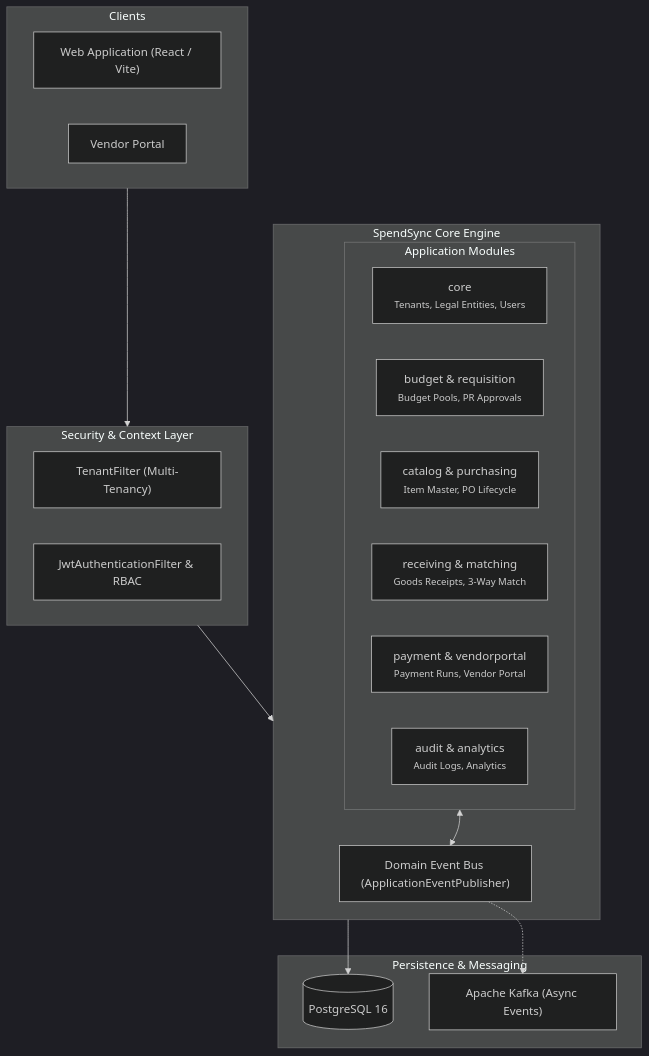
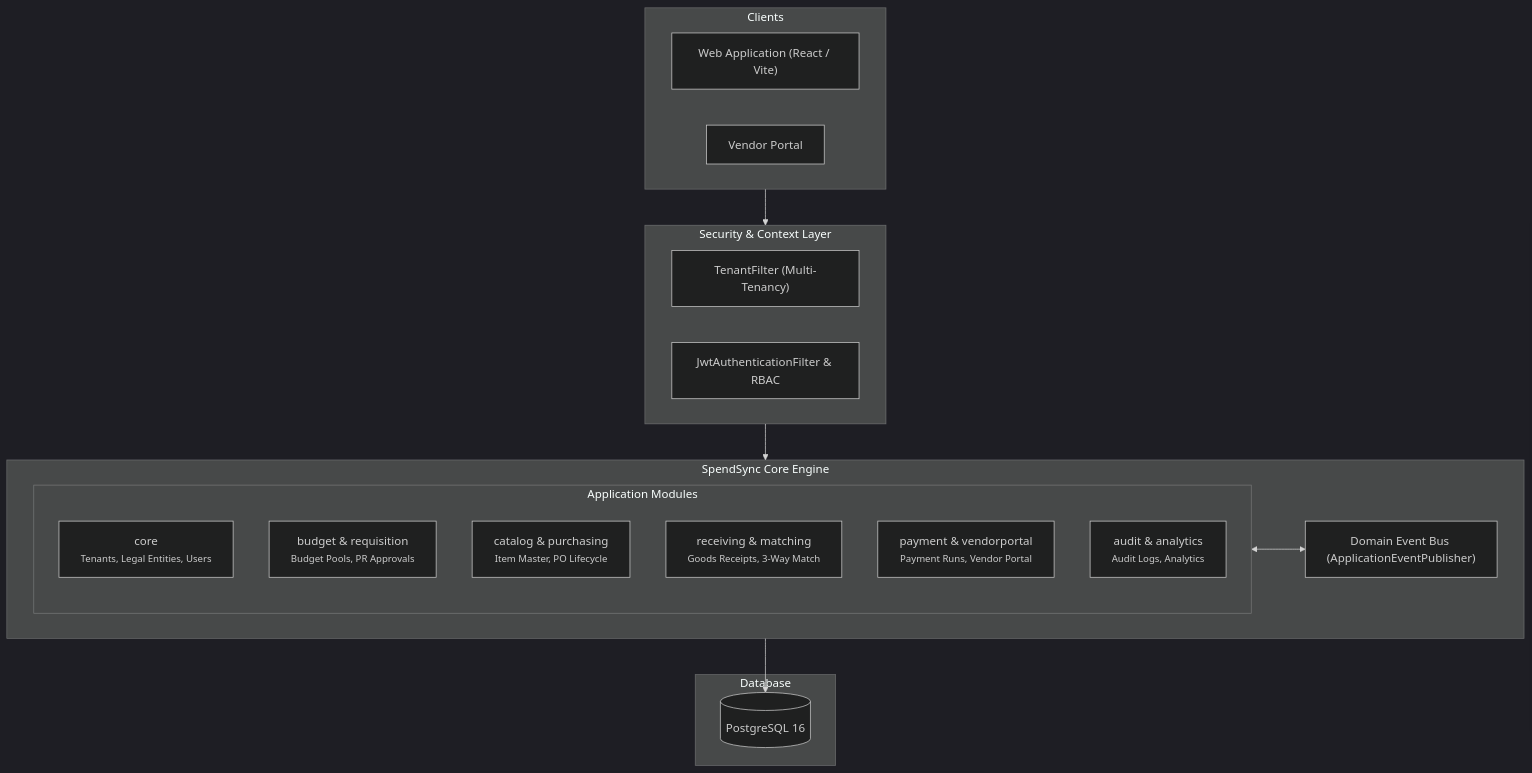
One commit to doguhanniltextra/spend-sync changed the first of 2 diagrams in README.md. Above: the diagram before and after it, drawn with Mermaid (dark theme). The commit also changed other lines of this file and 1 other file, not shown here.

Commit message:
docs: remove Kafka references and align docs strictly with Spring Domain Events and PostgreSQL

````diff
--- a/README.md
+++ b/README.md
@@ -20,36 +19,34 @@
 ```mermaid
 graph TB
     subgraph Clients["Clients"]
         SPA["Web Application (React / Vite)"]
         VP["Vendor Portal"]
     end
 
     subgraph Security["Security & Context Layer"]
         TF["TenantFilter (Multi-Tenancy)"]
         AUTH["JwtAuthenticationFilter & RBAC"]
     end
 
     subgraph Monolith["SpendSync Core Engine"]
         subgraph DomainModules["Application Modules"]
             M_CORE["core<br/><small>Tenants, Legal Entities, Users</small>"]
             M_BGT["budget & requisition<br/><small>Budget Pools, PR Approvals</small>"]
             M_CAT["catalog & purchasing<br/><small>Item Master, PO Lifecycle</small>"]
             M_RCV["receiving & matching<br/><small>Goods Receipts, 3-Way Match</small>"]
             M_PAY["payment & vendorportal<br/><small>Payment Runs, Vendor Portal</small>"]
             M_GOV["audit & analytics<br/><small>Audit Logs, Analytics</small>"]
         end
 
         EVENT_BUS["Domain Event Bus (ApplicationEventPublisher)"]
     end
 
-    subgraph Storage["Persistence & Messaging"]
+    subgraph Storage["Database"]
         DB[("PostgreSQL 16")]
-        KAFKA["Apache Kafka (Async Events)"]
     end
 
     Clients --> Security
     Security --> Monolith
     DomainModules <--> EVENT_BUS
     Monolith --> DB
-    EVENT_BUS -.-> KAFKA
 ```
````
